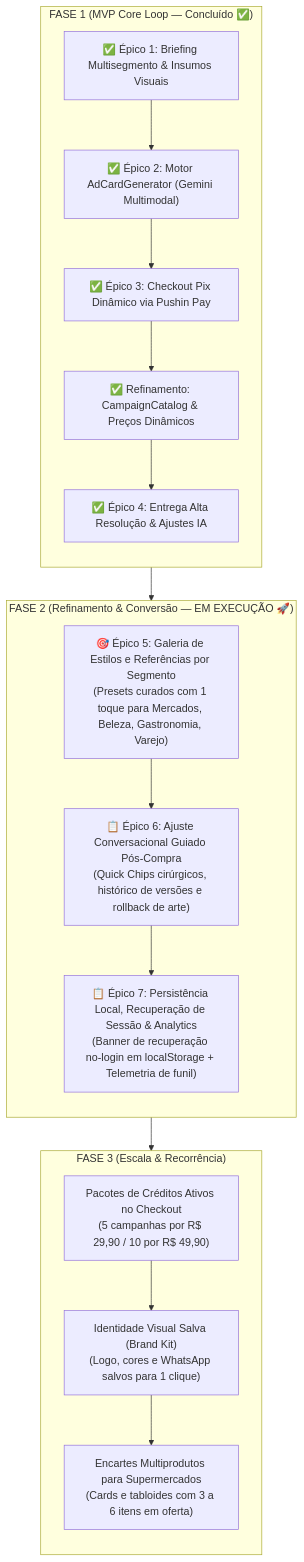
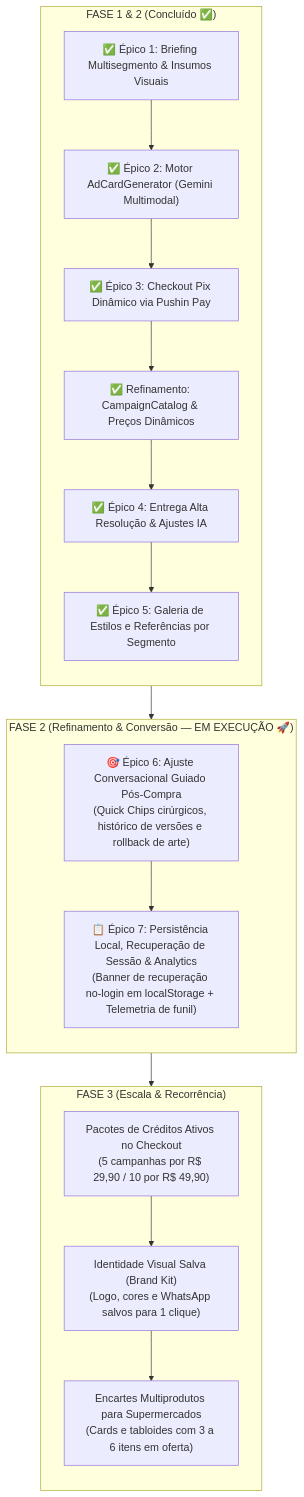
One commit to luis-henrique-carvalho/OfertaPronta changed the diagram in docs/roadmap.md. Above: the diagram before and after it, drawn with Mermaid. The commit also changed other lines of this file, not shown here.

Commit message:
docs(roadmap): update roadmap v3.0 marking Epic 5 completed and Epic 6 active

````diff
--- a/docs/roadmap.md
+++ b/docs/roadmap.md
@@ -105,30 +105,30 @@
 ```mermaid
 flowchart TD
-    subgraph CONCLUIDO["FASE 1 (MVP Core Loop — Concluído ✅)"]
+    subgraph CONCLUIDO["FASE 1 & 2 (Concluído ✅)"]
         direction TB
         E1["✅ Épico 1: Briefing Multisegmento & Insumos Visuais"]
         E2["✅ Épico 2: Motor AdCardGenerator (Gemini Multimodal)"]
         E3["✅ Épico 3: Checkout Pix Dinâmico via Pushin Pay"]
         E3B["✅ Refinamento: CampaignCatalog & Preços Dinâmicos"]
         E4["✅ Épico 4: Entrega Alta Resolução & Ajustes IA"]
-        E1 --> E2 --> E3 --> E3B --> E4
+        E5["✅ Épico 5: Galeria de Estilos e Referências por Segmento"]
+        E1 --> E2 --> E3 --> E3B --> E4 --> E5
     end
 
     subgraph NOW["FASE 2 (Refinamento & Conversão — EM EXECUÇÃO 🚀)"]
         direction TB
-        E5["🎯 Épico 5: Galeria de Estilos e Referências por Segmento<br/>(Presets curados com 1 toque para Mercados, Beleza, Gastronomia, Varejo)"]
-        E6["📋 Épico 6: Ajuste Conversacional Guiado Pós-Compra<br/>(Quick Chips cirúrgicos, histórico de versões e rollback de arte)"]
+        E6["🎯 Épico 6: Ajuste Conversacional Guiado Pós-Compra<br/>(Quick Chips cirúrgicos, histórico de versões e rollback de arte)"]
         E7["📋 Épico 7: Persistência Local, Recuperação de Sessão & Analytics<br/>(Banner de recuperação no-login em localStorage + Telemetria de funil)"]
-        E5 --> E6 --> E7
+        E6 --> E7
     end
 
     subgraph LATER["FASE 3 (Escala & Recorrência)"]
         direction TB
         E8["Pacotes de Créditos Ativos no Checkout<br/>(5 campanhas por R$ 29,90 / 10 por R$ 49,90)"]
         E9["Identidade Visual Salva (Brand Kit)<br/>(Logo, cores e WhatsApp salvos para 1 clique)"]
         E10["Encartes Multiprodutos para Supermercados<br/>(Cards e tabloides com 3 a 6 itens em oferta)"]
         E8 --> E9 --> E10
     end
 
     CONCLUIDO --> NOW --> LATER
 ```
````
